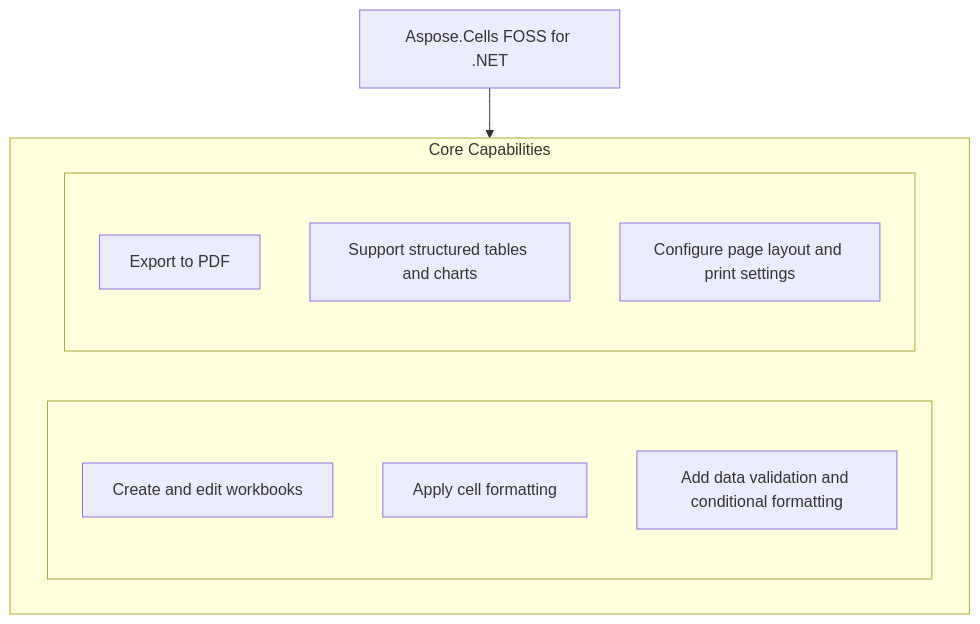
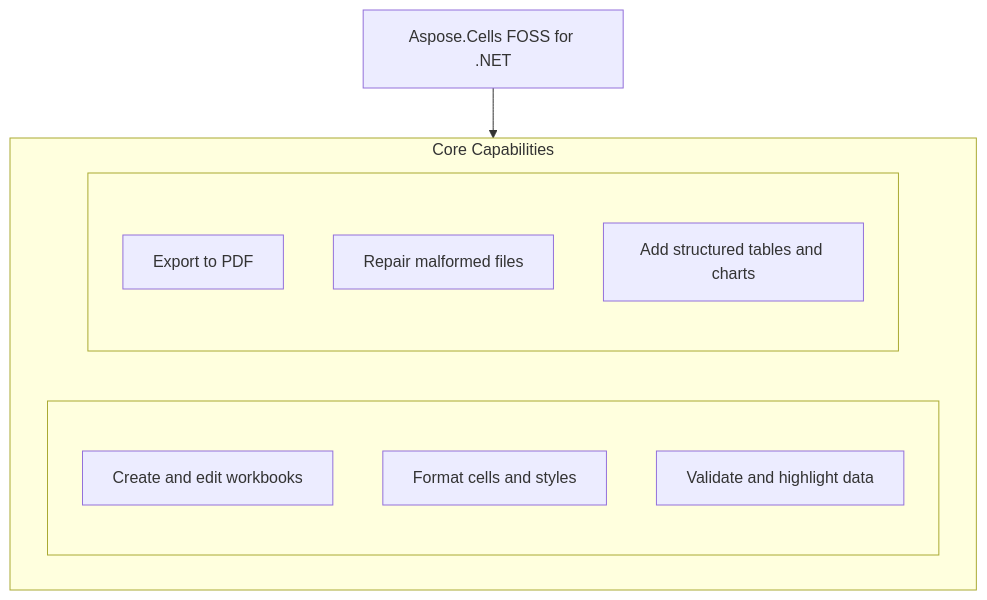
The diagram in candidates/aspose-cells-foss__Aspose.Cells-FOSS-for-.NET/941814fd138dc28cf47123d48194f329f283498d/README.md (babar-raza/repository-presenter), drawn with Mermaid before and after one commit. The commit also changed other lines of this file and 14 other files, not shown here.

````diff
--- a/candidates/aspose-cells-foss__Aspose.Cells-FOSS-for-.NET/941814fd138dc28cf47123d48194f329f283498d/README.md
+++ b/candidates/aspose-cells-foss__Aspose.Cells-FOSS-for-.NET/941814fd138dc28cf47123d48194f329f283498d/README.md
@@ -24,20 +24,20 @@
 ```mermaid
 flowchart TD
   PRODUCT["Aspose.Cells FOSS for .NET"]
   subgraph Capabilities["Core Capabilities"]
     direction LR
     subgraph capl[" "]
       direction TB
       c1["Create and edit workbooks"]
-      c2["Apply cell formatting"]
-      c3["Add data validation and conditional formatting"]
+      c2["Format cells and styles"]
+      c3["Validate and highlight data"]
     end
     subgraph capr[" "]
       direction TB
       c4["Export to PDF"]
-      c5["Support structured tables and charts"]
-      c6["Configure page layout and print settings"]
+      c5["Repair malformed files"]
+      c6["Add structured tables and charts"]
     end
   end
   PRODUCT --> Capabilities
 ```
````
